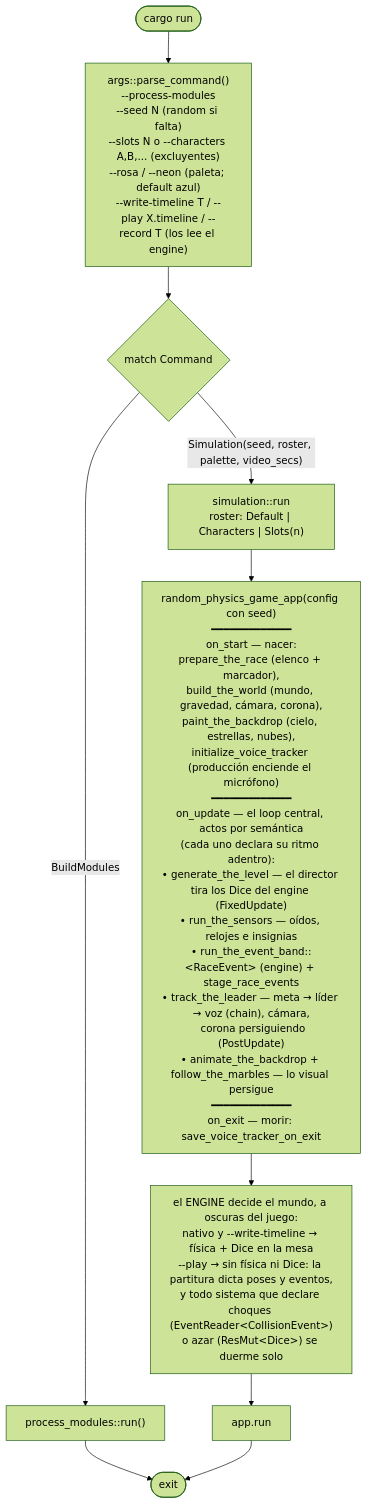
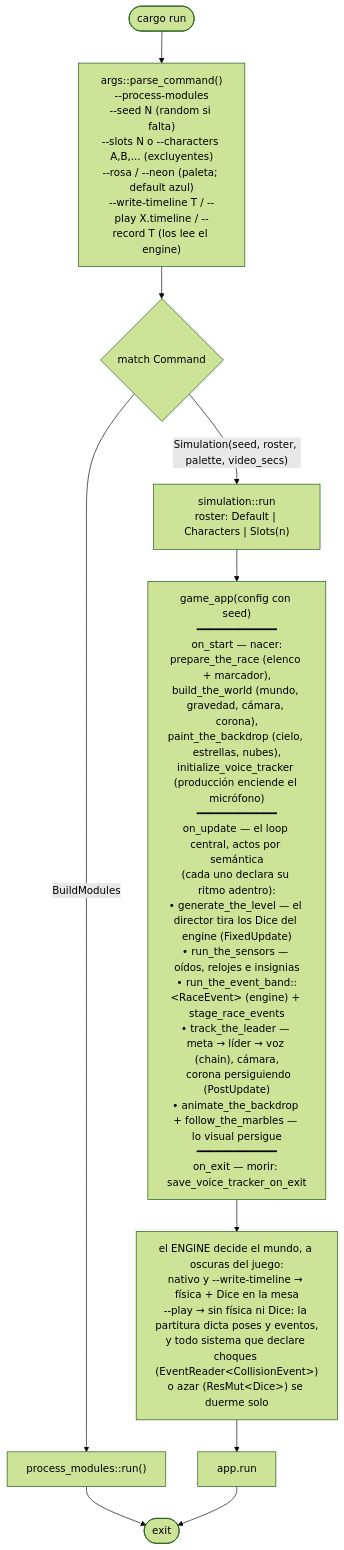
One commit to jesusgomeznuz/canicasbrawl-rapier changed the first of 5 diagrams in docs/flow.md. Above: the diagram before and after it, drawn with Mermaid (forest theme). The commit also changed other lines of this file and 2 other files, not shown here.

Commit message:
rename: game_app — el nombre pierde la taxonomía muerta

````diff
--- a/docs/flow.md
+++ b/docs/flow.md
@@ -7,15 +7,15 @@
 ```mermaid
 flowchart TD
     Start([cargo run]) --> Parse["args::parse_command()<br/>--process-modules<br/>--seed N (random si falta)<br/>--slots N o --characters A,B,... (excluyentes)<br/>--rosa / --neon (paleta; default azul)<br/>--write-timeline T / --play X.timeline / --record T (los lee el engine)"]
     Parse --> Match{match Command}
     Match -- BuildModules --> Editor["process_modules::run()"]
     Match -- "Simulation(seed, roster, palette, video_secs)" --> Run["simulation::run<br/>roster: Default | Characters | Slots(n)"]
 
-    Run --> Fases["random_physics_game_app(config con seed)<br/>━━━━━━━━━━━━━<br/>on_start — nacer:<br/>prepare_the_race (elenco + marcador),<br/>build_the_world (mundo, gravedad, cámara, corona),<br/>paint_the_backdrop (cielo, estrellas, nubes),<br/>initialize_voice_tracker (producción enciende el micrófono)<br/>━━━━━━━━━━━━━<br/>on_update — el loop central, actos por semántica<br/>(cada uno declara su ritmo adentro):<br/>• generate_the_level — el director tira los Dice del engine (FixedUpdate)<br/>• run_the_sensors — oídos, relojes e insignias<br/>• run_the_event_band::&lt;RaceEvent&gt; (engine) + stage_race_events<br/>• track_the_leader — meta → líder → voz (chain), cámara,<br/>&nbsp;&nbsp;corona persiguiendo (PostUpdate)<br/>• animate_the_backdrop + follow_the_marbles — lo visual persigue<br/>━━━━━━━━━━━━━<br/>on_exit — morir: save_voice_tracker_on_exit"]
+    Run --> Fases["game_app(config con seed)<br/>━━━━━━━━━━━━━<br/>on_start — nacer:<br/>prepare_the_race (elenco + marcador),<br/>build_the_world (mundo, gravedad, cámara, corona),<br/>paint_the_backdrop (cielo, estrellas, nubes),<br/>initialize_voice_tracker (producción enciende el micrófono)<br/>━━━━━━━━━━━━━<br/>on_update — el loop central, actos por semántica<br/>(cada uno declara su ritmo adentro):<br/>• generate_the_level — el director tira los Dice del engine (FixedUpdate)<br/>• run_the_sensors — oídos, relojes e insignias<br/>• run_the_event_band::&lt;RaceEvent&gt; (engine) + stage_race_events<br/>• track_the_leader — meta → líder → voz (chain), cámara,<br/>&nbsp;&nbsp;corona persiguiendo (PostUpdate)<br/>• animate_the_backdrop + follow_the_marbles — lo visual persigue<br/>━━━━━━━━━━━━━<br/>on_exit — morir: save_voice_tracker_on_exit"]
 
     Fases --> Dark["el ENGINE decide el mundo, a oscuras del juego:<br/>nativo y --write-timeline → física + Dice en la mesa<br/>--play → sin física ni Dice: la partitura dicta poses y eventos,<br/>y todo sistema que declare choques (EventReader&lt;CollisionEvent&gt;)<br/>o azar (ResMut&lt;Dice&gt;) se duerme solo"]
 
     Editor --> End([exit])
     Dark --> Loop["app.run"]
     Loop --> End
 ```
````
